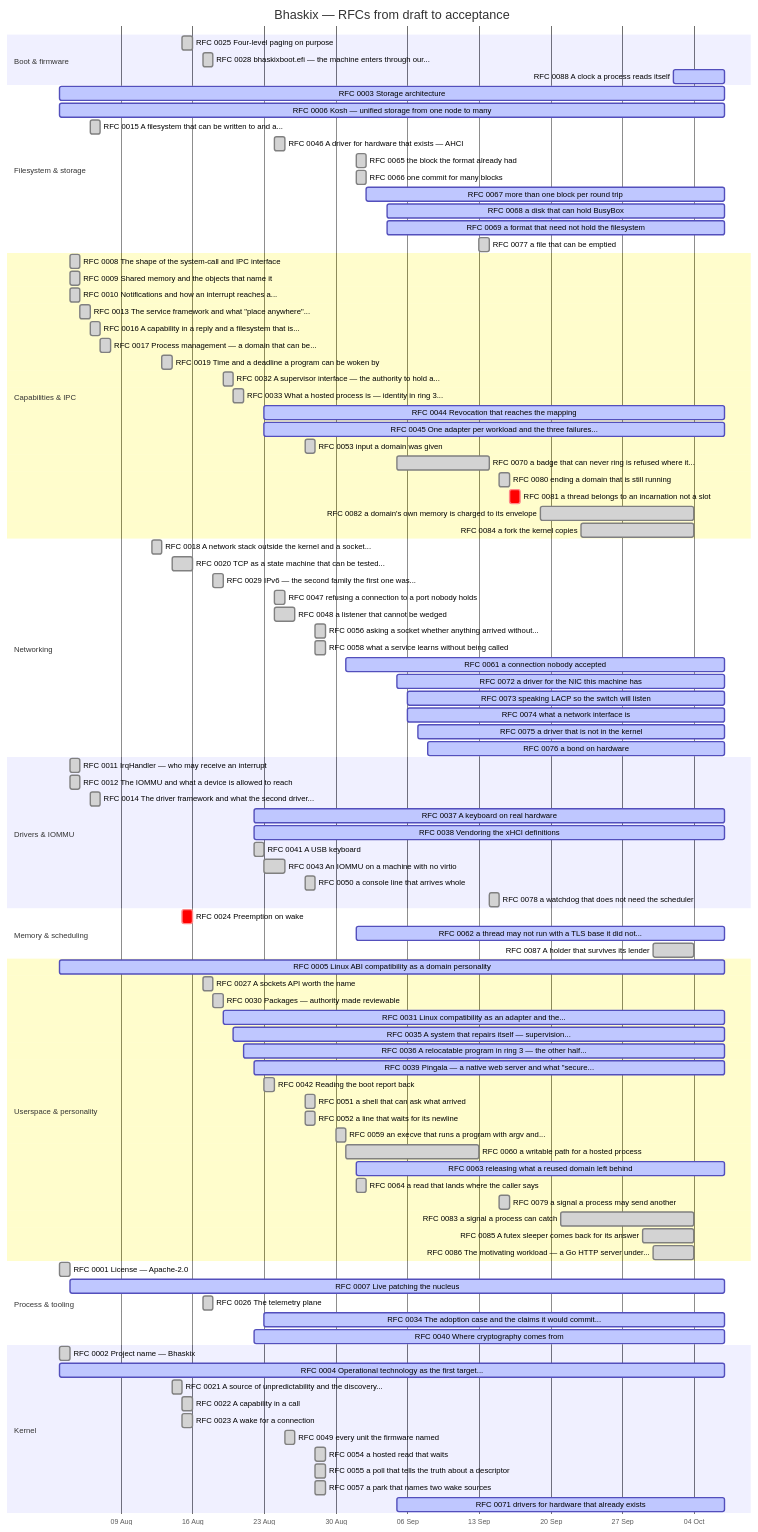
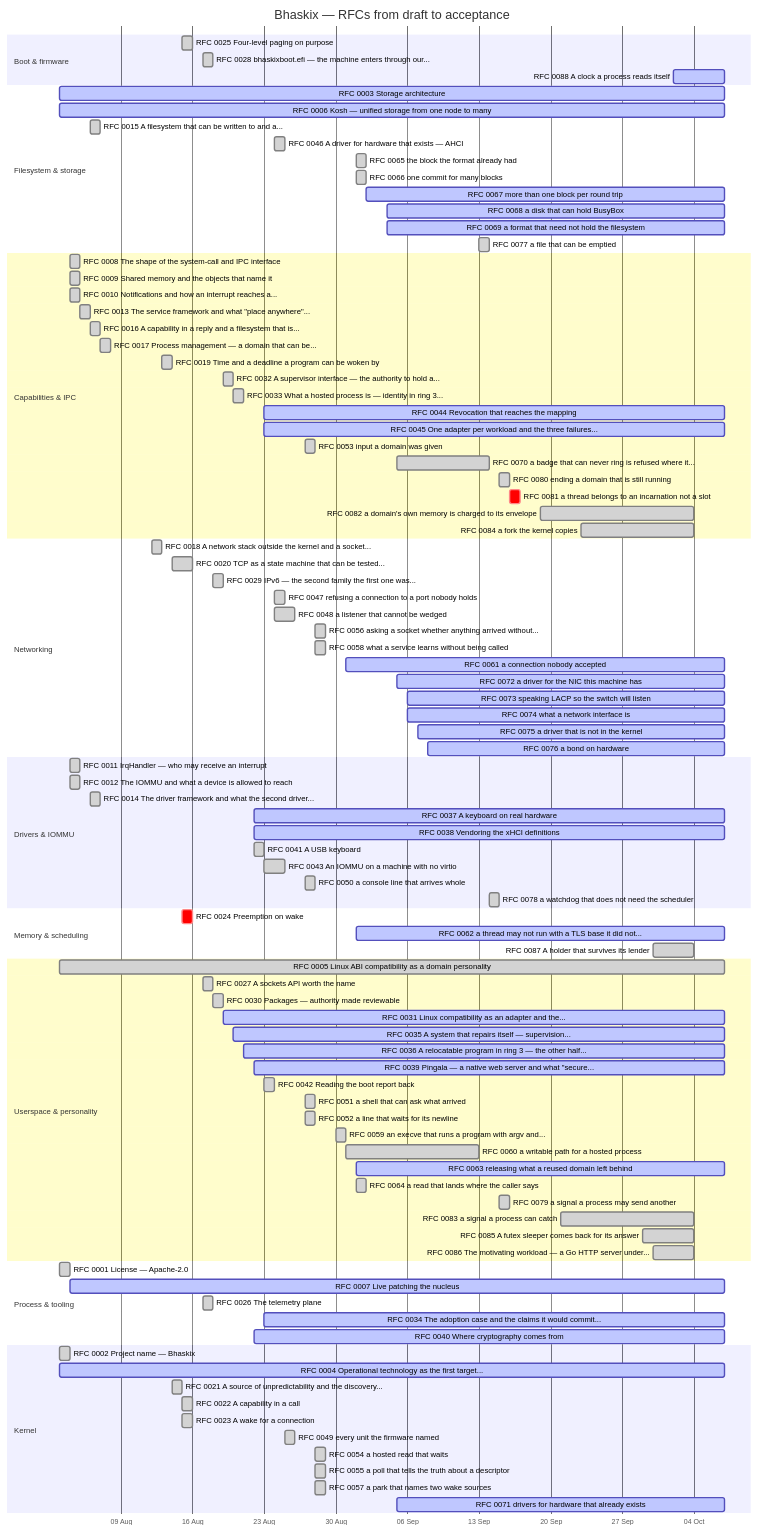
One commit to bhaskix/bhaskix changed the diagram in docs/progress.md. Above: the diagram before and after it, drawn with Mermaid. The commit also changed other lines of this file and 9 other files, not shown here.

```diff
--- a/docs/progress.md
+++ b/docs/progress.md
@@ -89,7 +89,7 @@
     RFC 0062 a thread may not run with a TLS base it did not... :active, r0062, 2026-09-01, 2026-10-07
     RFC 0087 A holder that survives its lender :done, r0087, 2026-09-30, 2026-10-04
     section Userspace & personality
-    RFC 0005 Linux ABI compatibility as a domain personality :active, r0005, 2026-08-03, 2026-10-07
+    RFC 0005 Linux ABI compatibility as a domain personality :done, r0005, 2026-08-03, 2026-10-07
     RFC 0027 A sockets API worth the name :done, r0027, 2026-08-17, 1d
     RFC 0030 Packages — authority made reviewable :done, r0030, 2026-08-18, 2026-08-19
     RFC 0031 Linux compatibility as an adapter and the... :active, r0031, 2026-08-19, 2026-10-07
```
